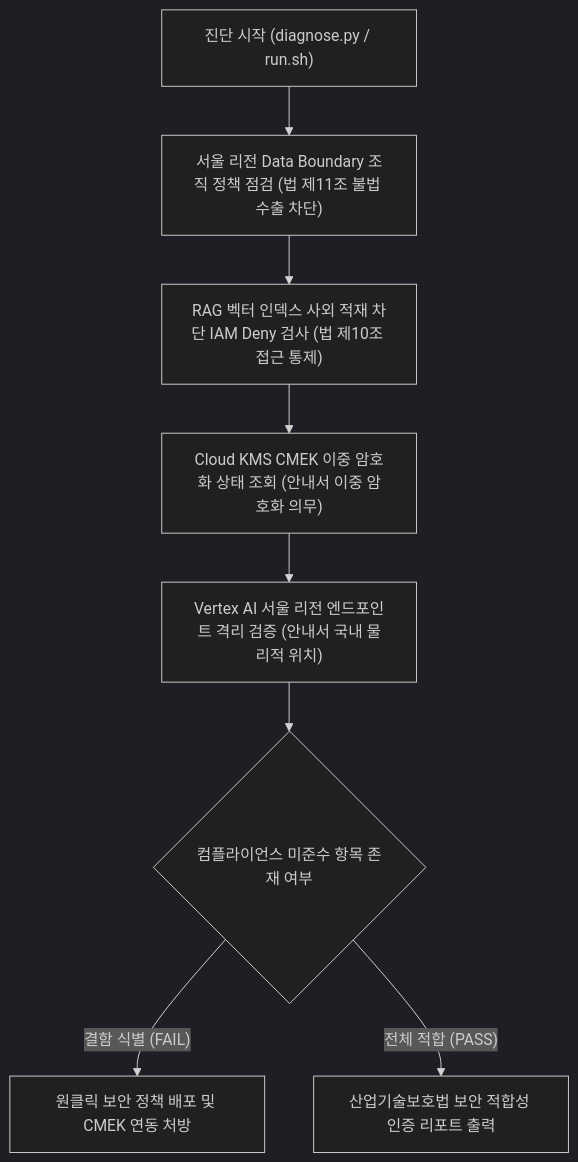
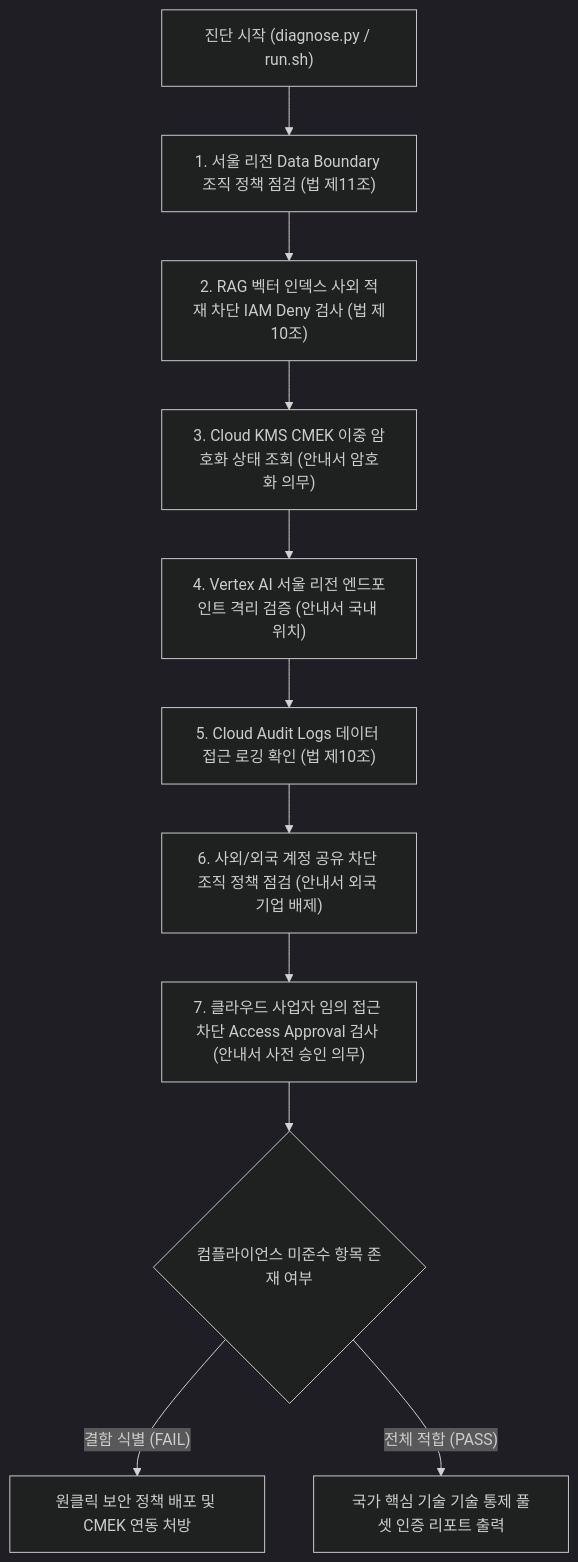
One commit to jiangjun-forge/google-cloud-0-to-1 changed the diagram in samples/korea-nct-gen-ai-compliance-checker/README.md. Above: the diagram before and after it, drawn with Mermaid (dark theme). The commit also changed other lines of this file and 3 other files, not shown here.

````diff
--- a/samples/korea-nct-gen-ai-compliance-checker/README.md
+++ b/samples/korea-nct-gen-ai-compliance-checker/README.md
@@ -49,10 +49,13 @@
 ```mermaid
 graph TD
-    A["진단 시작 (diagnose.py / run.sh)"] --> B["서울 리전 Data Boundary 조직 정책 점검 (법 제11조 불법 수출 차단)"]
-    B --> C["RAG 벡터 인덱스 사외 적재 차단 IAM Deny 검사 (법 제10조 접근 통제)"]
-    C --> D["Cloud KMS CMEK 이중 암호화 상태 조회 (안내서 이중 암호화 의무)"]
-    D --> E["Vertex AI 서울 리전 엔드포인트 격리 검증 (안내서 국내 물리적 위치)"]
-    E --> F{"컴플라이언스 미준수 항목 존재 여부"}
-    F -- "결함 식별 (FAIL)" --> G["원클릭 보안 정책 배포 및 CMEK 연동 처방"]
-    F -- "전체 적합 (PASS)" --> H["산업기술보호법 보안 적합성 인증 리포트 출력"]
+    A["진단 시작 (diagnose.py / run.sh)"] --> B["1. 서울 리전 Data Boundary 조직 정책 점검 (법 제11조)"]
+    B --> C["2. RAG 벡터 인덱스 사외 적재 차단 IAM Deny 검사 (법 제10조)"]
+    C --> D["3. Cloud KMS CMEK 이중 암호화 상태 조회 (안내서 암호화 의무)"]
+    D --> E["4. Vertex AI 서울 리전 엔드포인트 격리 검증 (안내서 국내 위치)"]
+    E --> F["5. Cloud Audit Logs 데이터 접근 로깅 확인 (법 제10조)"]
+    F --> G["6. 사외/외국 계정 공유 차단 조직 정책 점검 (안내서 외국 기업 배제)"]
+    G --> H["7. 클라우드 사업자 임의 접근 차단 Access Approval 검사 (안내서 사전 승인 의무)"]
+    H --> I{"컴플라이언스 미준수 항목 존재 여부"}
+    I -- "결함 식별 (FAIL)" --> J["원클릭 보안 정책 배포 및 CMEK 연동 처방"]
+    I -- "전체 적합 (PASS)" --> K["국가 핵심 기술 기술 통제 풀셋 인증 리포트 출력"]
 ```
````
